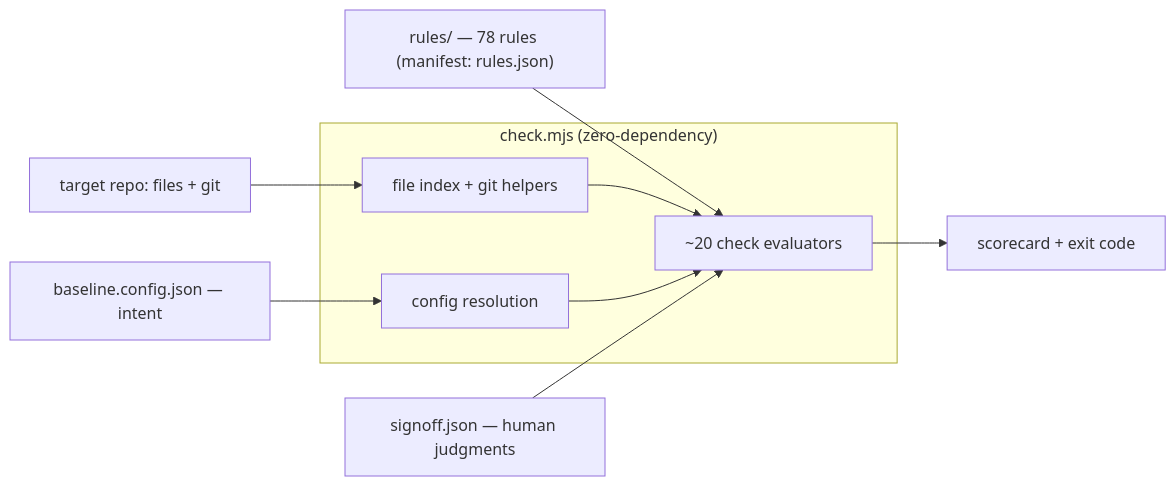
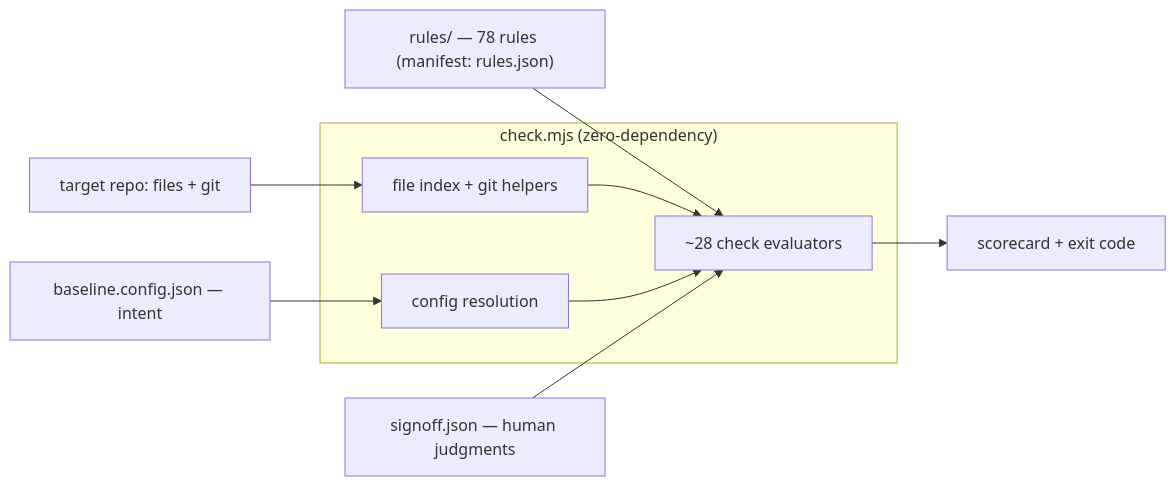
The first of 3 diagrams in REFERENCE.md (AdarGit008/baseline-skill), drawn with Mermaid before and after one commit. The commit also changed other lines of this file and 35 other files, not shown here.

````diff
--- a/REFERENCE.md
+++ b/REFERENCE.md
@@ -58,12 +58,12 @@
 ```mermaid
 flowchart LR
   CFG["baseline.config.json — intent"] --> RES
   RULES["rules/ — 78 rules (manifest: rules.json)"] --> EVAL
   REPO["target repo: files + git"] --> IDX
   subgraph ENGINE["check.mjs (zero-dependency)"]
-    IDX["file index + git helpers"] --> EVAL["~20 check evaluators"]
+    IDX["file index + git helpers"] --> EVAL["~28 check evaluators"]
     RES["config resolution"] --> EVAL
   end
   SO["signoff.json — human judgments"] --> EVAL
   EVAL --> OUT["scorecard + exit code"]
 ```
````
